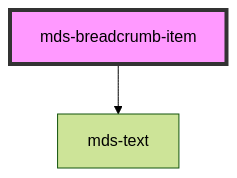
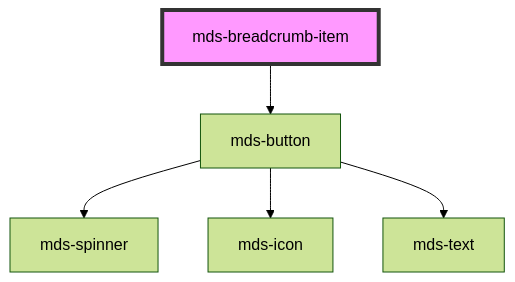
The diagram in projects/stencil/src/components/mds-breadcrumb-item/readme.md (magma-design-system/magma), drawn with Mermaid (forest theme) before and after one commit. The commit also changed other lines of this file and 150 other files, not shown here.

````diff
--- a/projects/stencil/src/components/mds-breadcrumb-item/readme.md
+++ b/projects/stencil/src/components/mds-breadcrumb-item/readme.md
@@ -55,5 +62,8 @@
 ```mermaid
 graph TD;
-  mds-breadcrumb-item --> mds-text
+  mds-breadcrumb-item --> mds-button
+  mds-button --> mds-spinner
+  mds-button --> mds-icon
+  mds-button --> mds-text
   style mds-breadcrumb-item fill:#f9f,stroke:#333,stroke-width:4px
 ```
````
